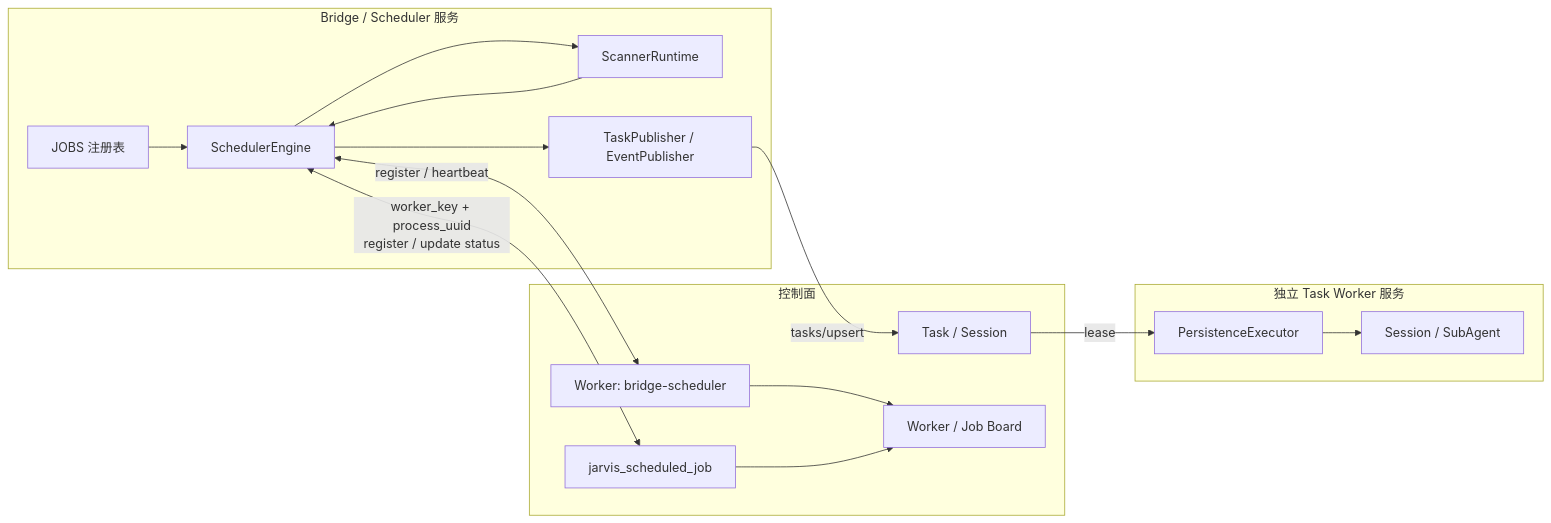
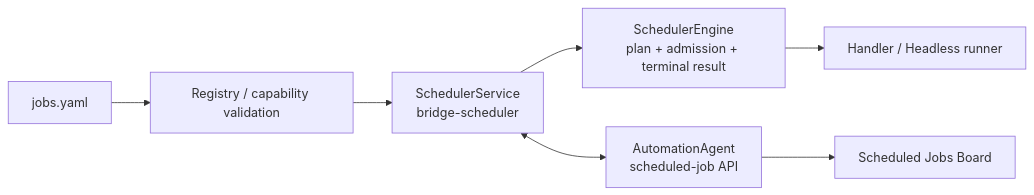
One commit to aliyun/terraform-provider-alicloud changed the diagram in docs/superpowers/specs/2026-07-20-bridge-scheduler-refactor-design.md. Above: the diagram before and after it, drawn with Mermaid. The commit also changed other lines of this file and 24 other files, not shown here.

Commit message:
feat: add headless probe scheduler

````diff
--- a/docs/superpowers/specs/2026-07-20-bridge-scheduler-refactor-design.md
+++ b/docs/superpowers/specs/2026-07-20-bridge-scheduler-refactor-design.md
@@ -134,33 +28,9 @@
 ```mermaid
 flowchart LR
-    subgraph Bridge["Bridge / Scheduler 服务"]
-        Registry["JOBS 注册表"]
-        Engine["SchedulerEngine"]
-        Runtime["ScannerRuntime"]
-        Publisher["TaskPublisher / EventPublisher"]
-        Registry --> Engine
-        Engine --> Runtime
-        Runtime --> Engine
-        Engine --> Publisher
-    end
-
-    subgraph CP["控制面"]
-        SchedulerWorker["Worker: bridge-scheduler"]
-        JobState["jarvis_scheduled_job"]
-        Task["Task / Session"]
-        Board["Worker / Job Board"]
-    end
-
-    subgraph Worker["独立 Task Worker 服务"]
-        Lease["PersistenceExecutor"]
-        Agent["Session / SubAgent"]
-        Lease --> Agent
-    end
-
-    Engine <-->|"register / heartbeat"| SchedulerWorker
-    Engine <-->|"worker_key + process_uuid\nregister / update status"| JobState
-    Publisher -->|"tasks/upsert"| Task
-    SchedulerWorker --> Board
-    JobState --> Board
-    Task -->|"lease"| Lease
+  Y["jobs.yaml"] --> R["Registry / capability validation"]
+  R --> S["SchedulerService\nbridge-scheduler"]
+  S --> E["SchedulerEngine\nplan + admission + terminal result"]
+  E --> X["Handler / Headless runner"]
+  S <--> CP["AutomationAgent\nscheduled-job API"]
+  CP --> B["Scheduled Jobs Board"]
 ```
````
